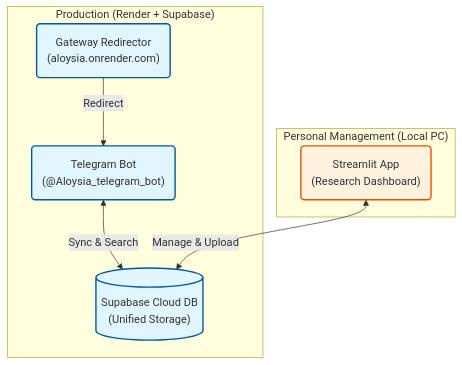
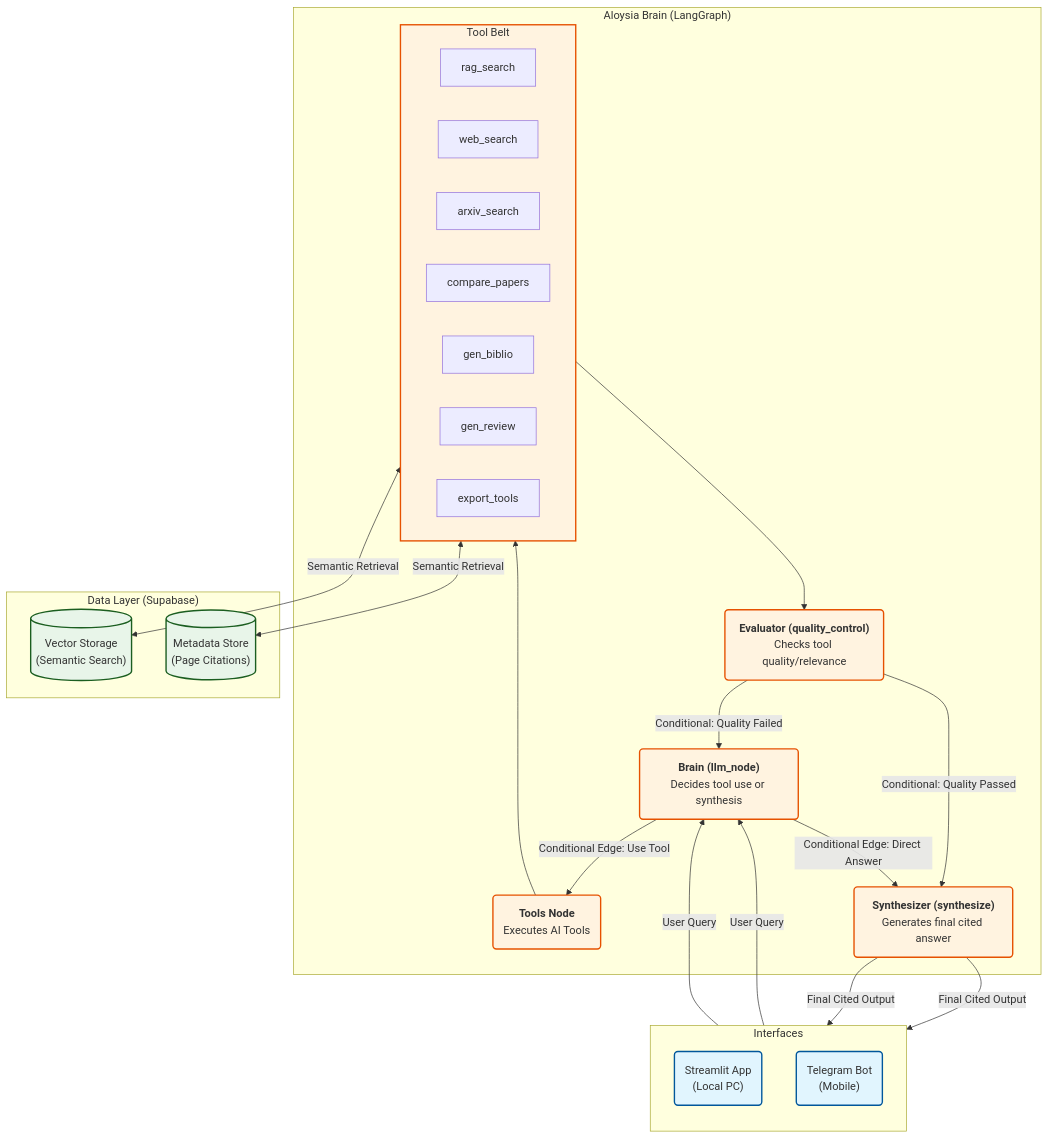
One commit to Nago-01/aloysia changed the diagram in README.md. Above: the diagram before and after it, drawn with Mermaid.

Commit message:
Update architecture diagram in README to detail LangGraph workflow and components.

````diff
--- a/README.md
+++ b/README.md
@@ -35,24 +35,53 @@
 ```mermaid
 graph TD
-    subgraph Cloud["Production (Render + Supabase)"]
-        GW("Gateway Redirector<br>(aloysia.onrender.com)")
-        TG("Telegram Bot<br>(@Aloysia_telegram_bot)")
-        DB[("Supabase Cloud DB<br>(Unified Storage)")]
+    subgraph Interfaces["Interfaces"]
+        direction TB
+        UI("Streamlit App<br>(Local PC)")
+        TG("Telegram Bot<br>(Mobile)")
     end
 
-    subgraph Local["Personal Management (Local PC)"]
-        UI("Streamlit App<br>(Research Dashboard)")
+    subgraph LangGraph["Aloysia Brain (LangGraph)"]
+        LLM("<b>Brain (llm_node)</b><br>Decides tool use or synthesis")
+        ToolsNode("<b>Tools Node</b><br>Executes AI Tools")
+        QC("<b>Evaluator (quality_control)</b><br>Checks tool quality/relevance")
+        Synthesizer("<b>Synthesizer (synthesize)</b><br>Generates final cited answer")
+        
+        subgraph ToolBelt["Tool Belt"]
+            T1[rag_search]
+            T2[web_search]
+            T3[arxiv_search]
+            T4[compare_papers]
+            T5[gen_biblio]
+            T6[gen_review]
+            T7[export_tools]
+        end
     end
 
-    %% Flow
-    GW -->|Redirect| TG
-    TG <-->|Sync & Search| DB
-    UI <-->|Manage & Upload| DB
+    subgraph Data["Data Layer (Supabase)"]
+        DB[("Vector Storage<br>(Semantic Search)")]
+        Meta[("Metadata Store<br>(Page Citations)")]
+    end
+
+    %% Workflow Flow
+    UI & TG -->|"User Query"| LLM
+    
+    LLM -->|"Conditional Edge: Use Tool"| ToolsNode
+    ToolsNode --> ToolBelt
+    ToolBelt <-->|"Semantic Retrieval"| DB & Meta
+    
+    ToolBelt --> QC
+    QC -->|"Conditional: Quality Failed"| LLM
+    QC -->|"Conditional: Quality Passed"| Synthesizer
+    
+    LLM -->|"Conditional Edge: Direct Answer"| Synthesizer
+    Synthesizer -->|"Final Cited Output"| UI & TG
 
     %% Styling
-    classDef cloud fill:#e1f5fe,stroke:#01579b,stroke-width:2px;
-    classDef local fill:#fff3e0,stroke:#e65100,stroke-width:2px;
+    classDef interface fill:#e1f5fe,stroke:#01579b,stroke-width:2px;
+    classDef logic fill:#fff3e0,stroke:#e65100,stroke-width:2px;
+    classDef data fill:#e8f5e9,stroke:#1b5e20,stroke-width:2px;
     
-    class GW,TG,DB cloud;
-    class UI local;
+    class UI,TG interface;
+    class LLM,ToolsNode,QC,Synthesizer,ToolBelt logic;
+    class DB,Meta data;
 ```
````
